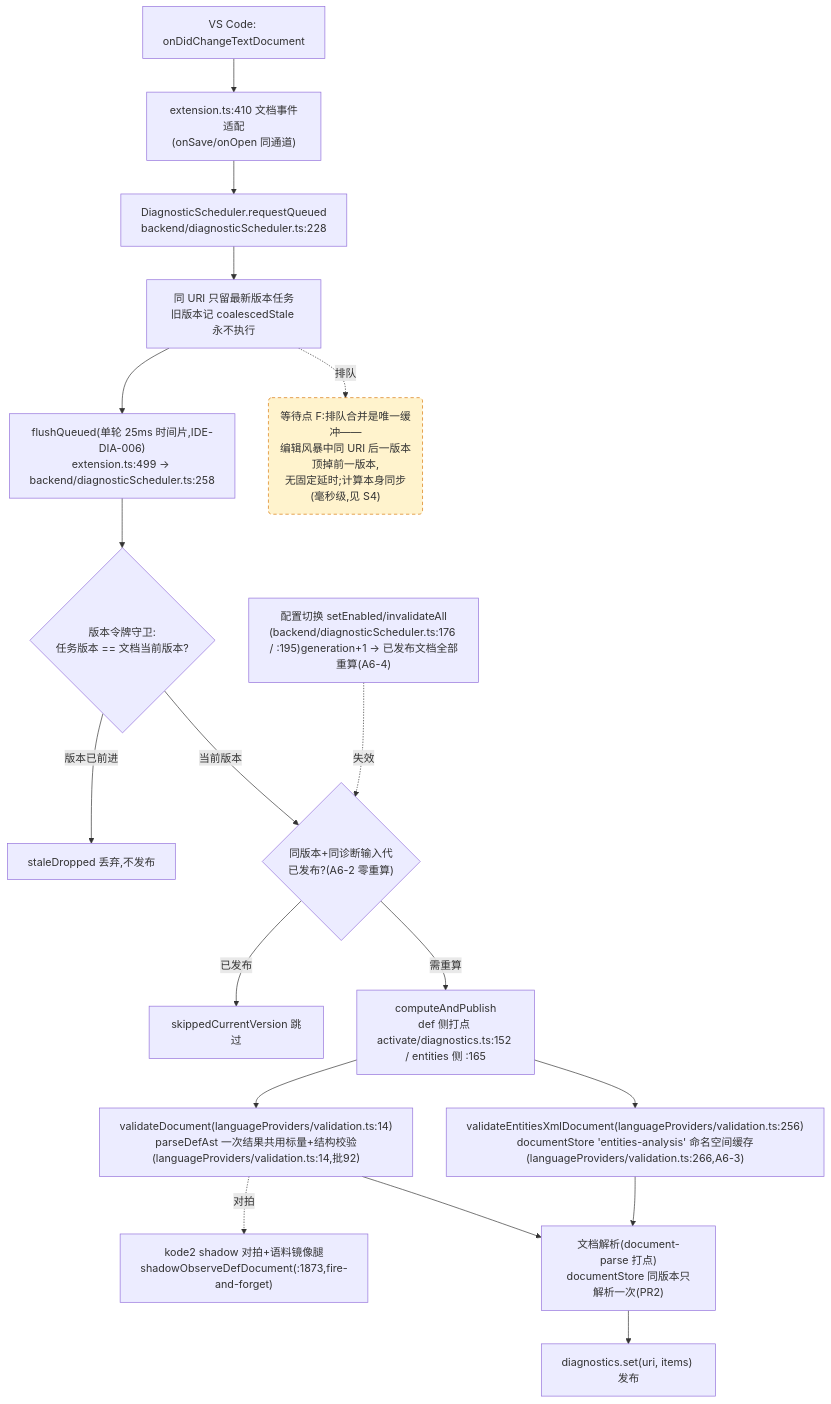
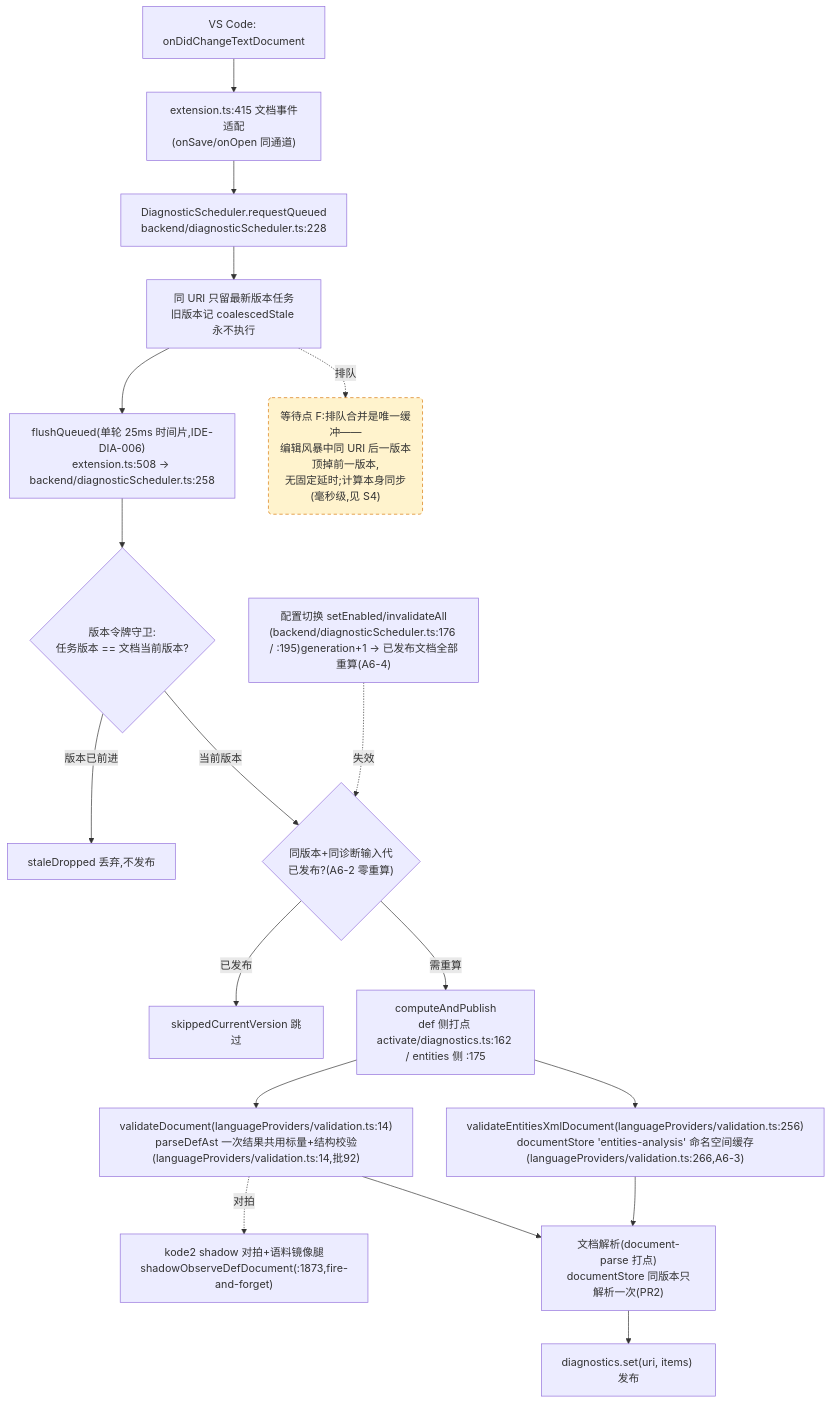
One commit to cuihairu/kode changed the fourth of 4 diagrams in docs/perf/2026-baseline.md. Above: the diagram before and after it, drawn with Mermaid. The commit also changed other lines of this file and 22 other files, not shown here.

````diff
--- a/docs/perf/2026-baseline.md
+++ b/docs/perf/2026-baseline.md
@@ -217,38 +218,38 @@
 ```mermaid
 flowchart TD
   CHG["VS Code: onDidChangeTextDocument"]
-  WATCH["extension.ts:410 文档事件适配<br/>(onSave/onOpen 同通道)"]
+  WATCH["extension.ts:415 文档事件适配<br/>(onSave/onOpen 同通道)"]
   RQ["DiagnosticScheduler.requestQueued<br/>backend/diagnosticScheduler.ts:228"]
   CO["同 URI 只留最新版本任务<br/>旧版本记 coalescedStale 永不执行"]
-  FL["flushQueued(单轮 25ms 时间片,IDE-DIA-006)<br/>extension.ts:499 → backend/diagnosticScheduler.ts:258"]
+  FL["flushQueued(单轮 25ms 时间片,IDE-DIA-006)<br/>extension.ts:508 → backend/diagnosticScheduler.ts:258"]
   VG{"版本令牌守卫:<br/>任务版本 == 文档当前版本?"}
   DROP["staleDropped 丢弃,不发布"]
   GEN{"同版本+同诊断输入代<br/>已发布?(A6-2 零重算)"}
   SKIP["skippedCurrentVersion 跳过"]
-  CALC["computeAndPublish<br/>def 侧打点 activate/diagnostics.ts:152 / entities 侧 :165"]
+  CALC["computeAndPublish<br/>def 侧打点 activate/diagnostics.ts:162 / entities 侧 :175"]
   VD["validateDocument(languageProviders/validation.ts:14)<br/>parseDefAst 一次结果共用标量+结构校验(languageProviders/validation.ts:14,批92)"]
   VEX["validateEntitiesXmlDocument(languageProviders/validation.ts:256)<br/>documentStore 'entities-analysis' 命名空间缓存(languageProviders/validation.ts:266,A6-3)"]
   SHDD["kode2 shadow 对拍+语料镜像腿<br/>shadowObserveDefDocument(:1873,fire-and-forget)"]
   DS["文档解析(document-parse 打点)<br/>documentStore 同版本只解析一次(PR2)"]
   PUB["diagnostics.set(uri, items) 发布"]
   CFG2["配置切换 setEnabled/invalidateAll<br/>(backend/diagnosticScheduler.ts:176 / :195)generation+1 → 已发布文档全部重算(A6-4)"]
 
   CHG --> WATCH --> RQ --> CO --> FL --> VG
   VG -- "版本已前进" --> DROP
   VG -- "当前版本" --> GEN
   GEN -- "已发布" --> SKIP
   GEN -- "需重算" --> CALC
   CALC --> VD
   CALC --> VEX
   VD --> DS
   VEX --> DS
   DS --> PUB
   VD -.->|对拍| SHDD
   CFG2 -.->|失效| GEN
 
   WAITF("等待点 F:排队合并是唯一缓冲——<br/>编辑风暴中同 URI 后一版本顶掉前一版本,<br/>无固定延时;计算本身同步(毫秒级,见 S4)")
   CO -.->|排队| WAITF
 
   classDef waitPoint fill:#fff3cd,stroke:#d97706,stroke-dasharray:5 4;
   class WAITF waitPoint;
 ```
````
